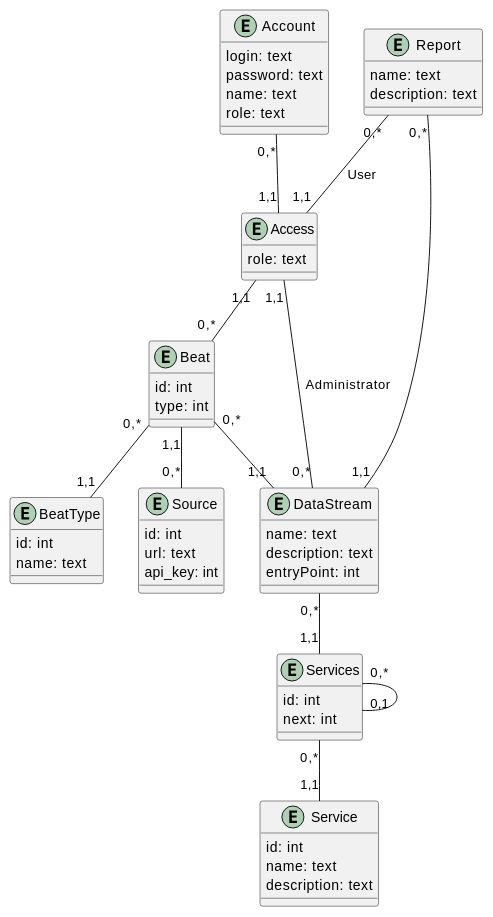
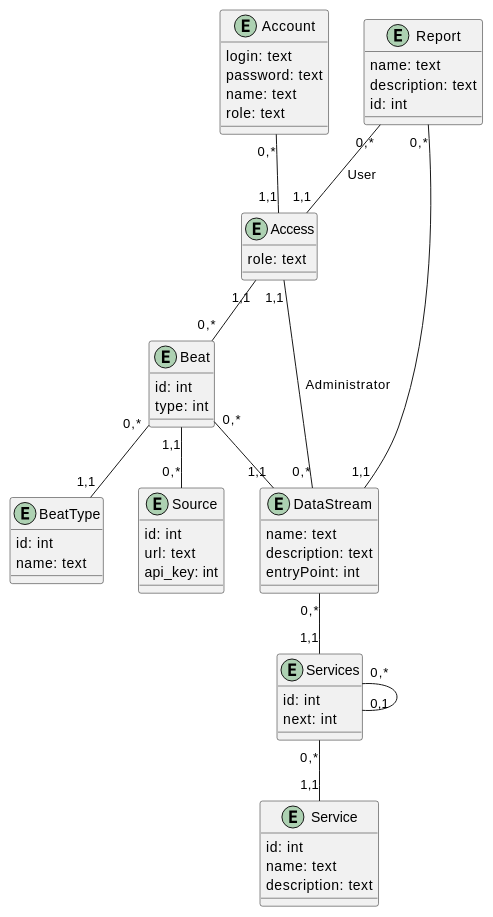
One commit to ukioxz/media-content-analyzing-system changed the second of 2 diagrams in docs/design/README.md. Above: the diagram before and after it, drawn with PlantUML. The commit also changed other lines of this file and 2 other files, not shown here.

```diff
--- a/docs/design/README.md
+++ b/docs/design/README.md
@@ -5,62 +41,63 @@
 @startuml
 entity Beat {
 id: int
 type: int
 }
 
 entity BeatType {
 id: int
 name: text
 }
 
 entity Source {
 id: int
 url: text
 api_key: int
 }
 
 entity DataStream {
 name: text
 description: text
 entryPoint: int
 }
 
 entity Report {
 name: text
 description: text
+id: int
 }
 
 entity Services {
 id: int
 next: int
 }
 
 entity Service {
 id: int
 name: text
 description: text
 }
 
 entity Account {
 login: text
 password: text
 name: text
 role: text
 }
 
 entity Access {
 role: text
 }
 
 Account "0,*" -- "1,1" Access
 Access "1,1"-- "0,*" Beat
 Access "1,1" -u-  "0,*" DataStream : Administrator
 Access "1,1" -u- "0,*" Report : User
 Beat "1,1" -- "0,*" Source 
 Beat "0,*" -- "1,1" DataStream
 DataStream "1,1" -- "0,*" Report
 DataStream "0,*" -- "1,1" Services
 Services "0,*" -- "1,1" Service
 Services "0,*"-- "0,1" Services
 Beat "0,*" -- "1,1" BeatType
 @enduml
```
